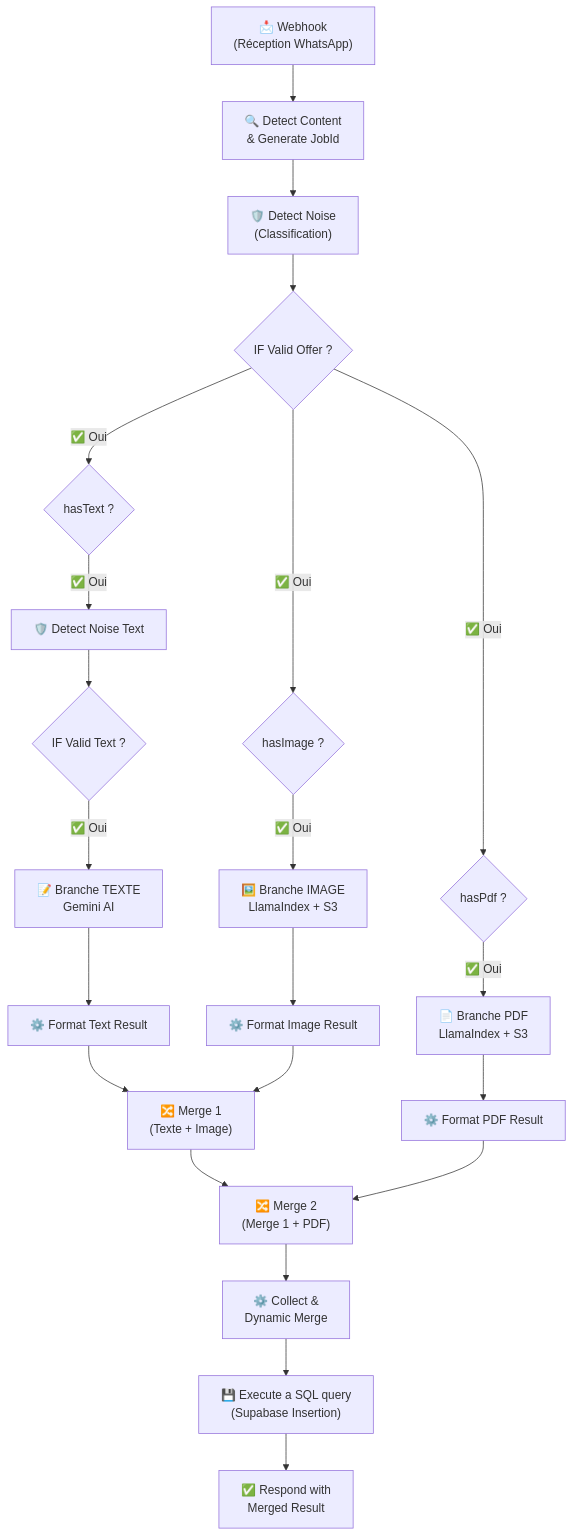
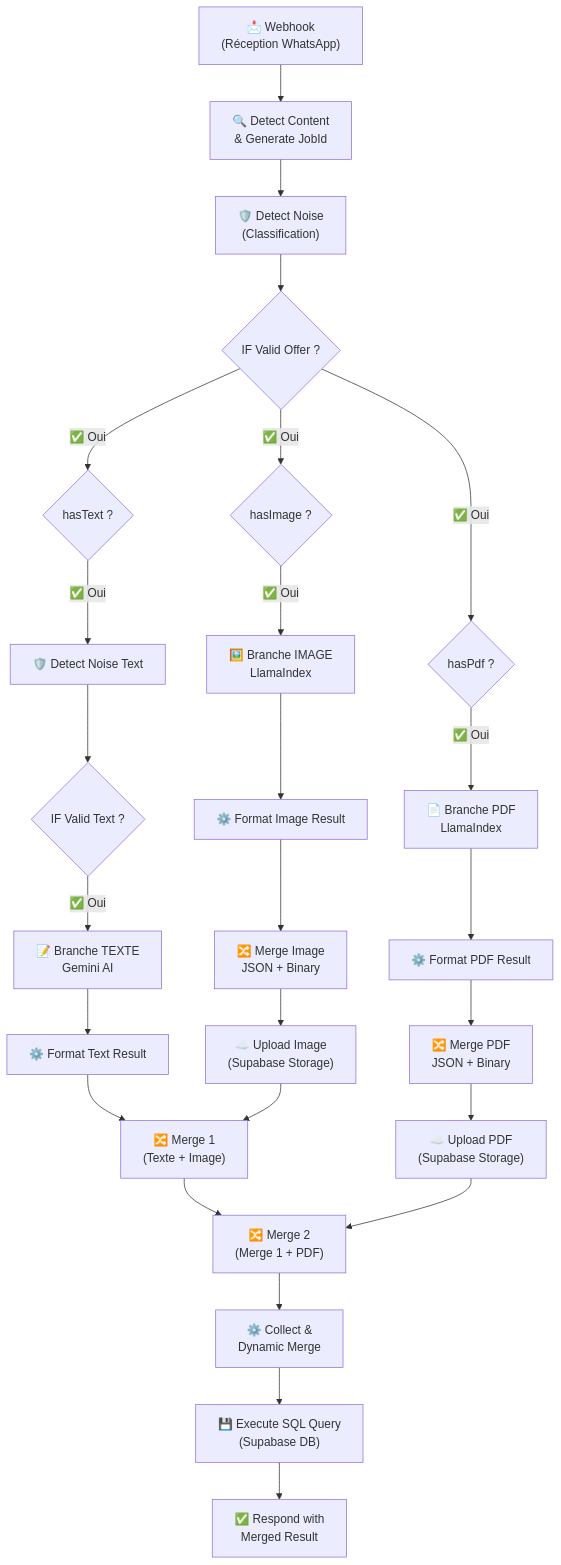
One commit to anismhaddouche/TrackTreck changed the first of 2 diagrams in docs/n8n_workflows_documentation.md. Above: the diagram before and after it, drawn with Mermaid. The commit also changed other lines of this file, not shown here.

````diff
--- a/docs/n8n_workflows_documentation.md
+++ b/docs/n8n_workflows_documentation.md
@@ -51,31 +51,37 @@
 ```mermaid
 graph TD
     A["📩 Webhook<br/>(Réception WhatsApp)"] --> B["🔍 Detect Content<br/>& Generate JobId"]
     
     B --> N["🛡️ Detect Noise<br/>(Classification)"]
     N --> VO{"IF Valid Offer ?"}
     
     VO -->|✅ Oui| C{"hasText ?"}
     VO -->|✅ Oui| D{"hasImage ?"}
     VO -->|✅ Oui| E{"hasPdf ?"}
     
     C -->|✅ Oui| NT["🛡️ Detect Noise Text"]
     NT --> VTO{"IF Valid Text ?"}
     VTO -->|✅ Oui| F["📝 Branche TEXTE<br/>Gemini AI"]
     
-    D -->|✅ Oui| G["🖼️ Branche IMAGE<br/>LlamaIndex + S3"]
-    E -->|✅ Oui| H["📄 Branche PDF<br/>LlamaIndex + S3"]
+    D -->|✅ Oui| G["🖼️ Branche IMAGE<br/>LlamaIndex"]
+    E -->|✅ Oui| H["📄 Branche PDF<br/>LlamaIndex"]
     
     F --> FT["⚙️ Format Text Result"]
     G --> FI["⚙️ Format Image Result"]
     H --> FP["⚙️ Format PDF Result"]
+
+    FI --> MI["🔀 Merge Image<br/>JSON + Binary"]
+    FP --> MP["🔀 Merge PDF<br/>JSON + Binary"]
     
+    MI --> U1["☁️ Upload Image<br/>(Supabase Storage)"]
+    MP --> U2["☁️ Upload PDF<br/>(Supabase Storage)"]
+
     FT --> I["🔀 Merge 1<br/>(Texte + Image)"]
-    FI --> I
+    U1 --> I
     I --> J["🔀 Merge 2<br/>(Merge 1 + PDF)"]
-    FP --> J
+    U2 --> J
     
     J --> K["⚙️ Collect &<br/>Dynamic Merge"]
-    K --> SQL["💾 Execute a SQL query<br/>(Supabase Insertion)"]
+    K --> SQL["💾 Execute SQL Query<br/>(Supabase DB)"]
     SQL --> L["✅ Respond with<br/>Merged Result"]
 ```
````
